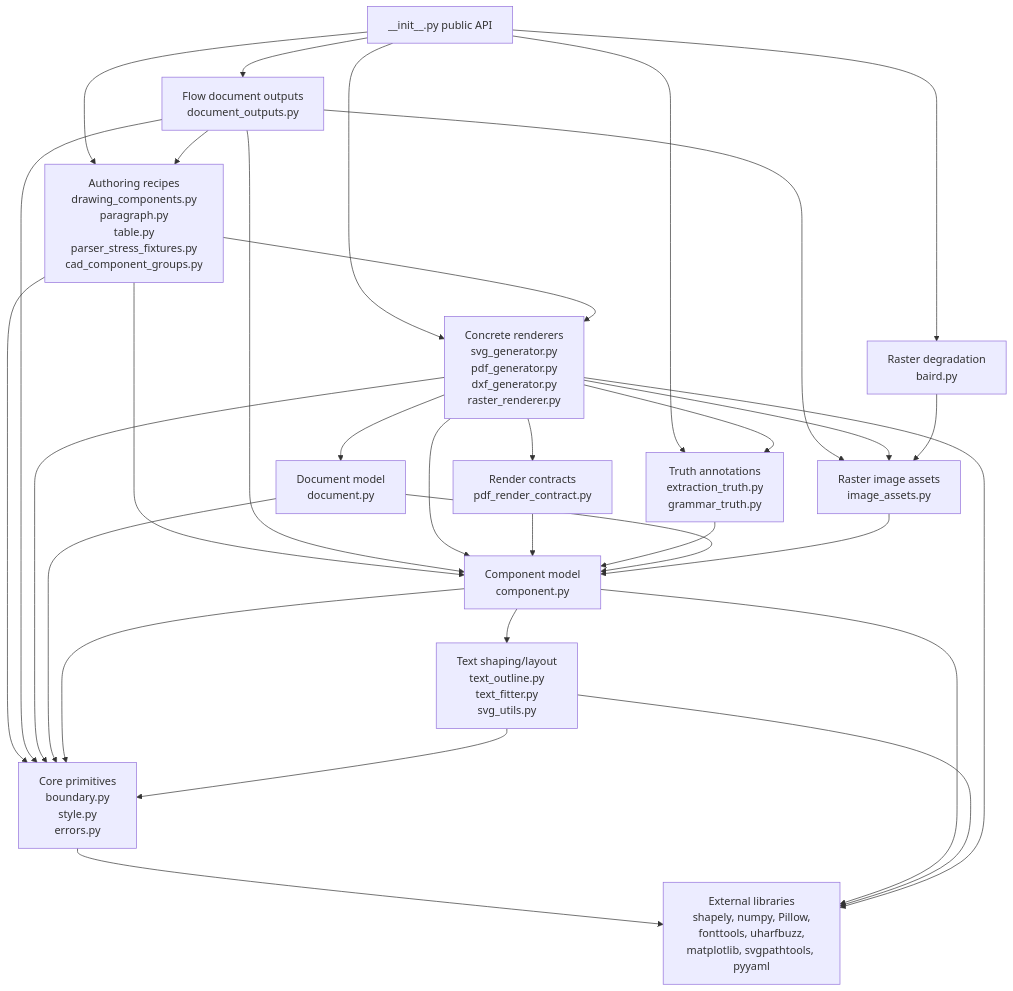
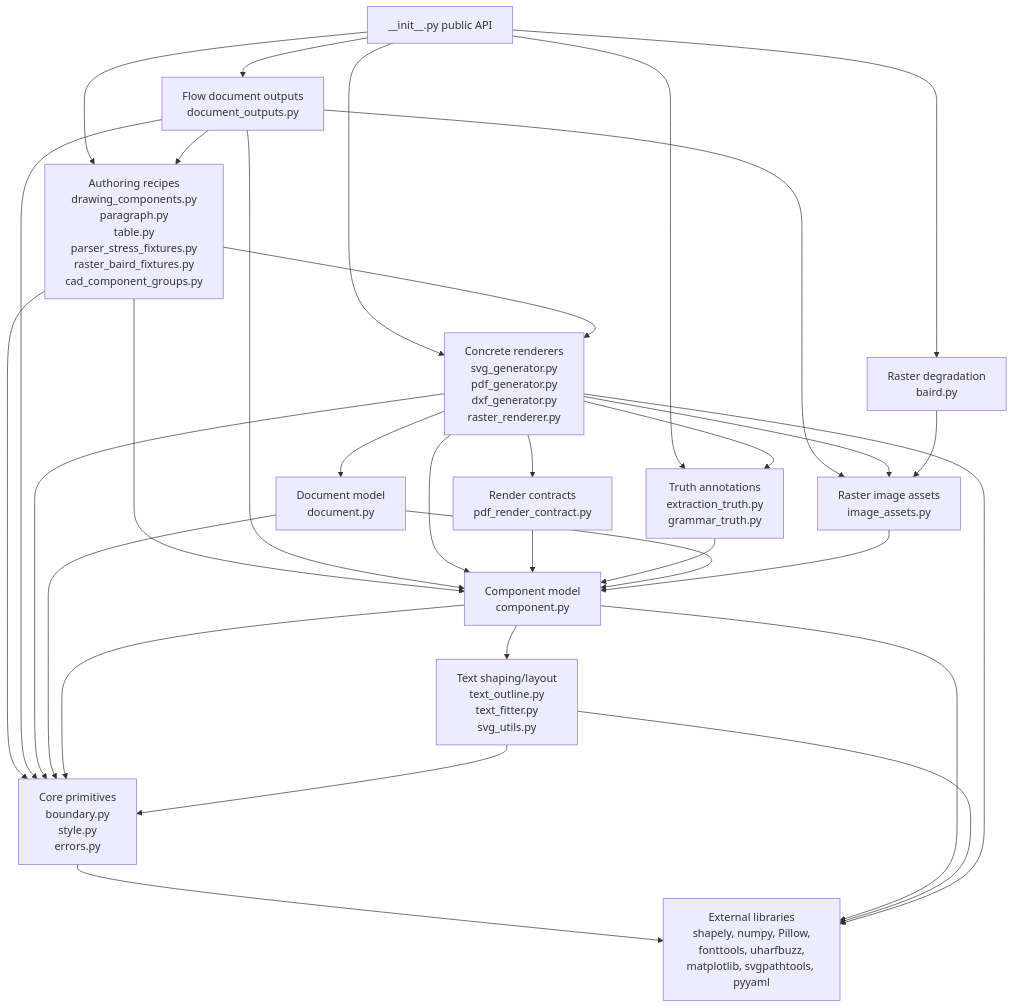
One commit to cmill32405/InkGen changed the diagram in docs/dependency-map.md. Above: the diagram before and after it, drawn with Mermaid. The commit also changed other lines of this file and 19 other files, not shown here.

````diff
--- a/docs/dependency-map.md
+++ b/docs/dependency-map.md
@@ -13,48 +13,48 @@
 ```mermaid
 flowchart TD
     PublicAPI["__init__.py public API"]
-    Authoring["Authoring recipes\ndrawing_components.py\nparagraph.py\ntable.py\nparser_stress_fixtures.py\ncad_component_groups.py"]
+    Authoring["Authoring recipes\ndrawing_components.py\nparagraph.py\ntable.py\nparser_stress_fixtures.py\nraster_baird_fixtures.py\ncad_component_groups.py"]
     FlowDocs["Flow document outputs\ndocument_outputs.py"]
     Renderers["Concrete renderers\nsvg_generator.py\npdf_generator.py\ndxf_generator.py\nraster_renderer.py"]
     RenderContracts["Render contracts\npdf_render_contract.py"]
     Truth["Truth annotations\nextraction_truth.py\ngrammar_truth.py"]
     Model["Document model\ndocument.py"]
     Images["Raster image assets\nimage_assets.py"]
     Degradation["Raster degradation\nbaird.py"]
     Components["Component model\ncomponent.py"]
     Core["Core primitives\nboundary.py\nstyle.py\nerrors.py"]
     Text["Text shaping/layout\ntext_outline.py\ntext_fitter.py\nsvg_utils.py"]
     External["External libraries\nshapely, numpy, Pillow,\nfonttools, uharfbuzz,\nmatplotlib, svgpathtools, pyyaml"]
 
     PublicAPI --> Authoring
     PublicAPI --> Renderers
     PublicAPI --> FlowDocs
     PublicAPI --> Truth
     PublicAPI --> Degradation
     Authoring --> Components
     Authoring --> Core
     Authoring --> Renderers
     FlowDocs --> Authoring
     FlowDocs --> Components
     FlowDocs --> Core
     FlowDocs --> Images
     Renderers --> Model
     Renderers --> Components
     Renderers --> Core
     Renderers --> Truth
     Renderers --> RenderContracts
     Renderers --> Images
     RenderContracts --> Components
     Truth --> Components
     Model --> Components
     Model --> Core
     Images --> Components
     Degradation --> Images
     Components --> Core
     Components --> Text
     Text --> Core
     Core --> External
     Components --> External
     Text --> External
     Renderers --> External
 ```
````
